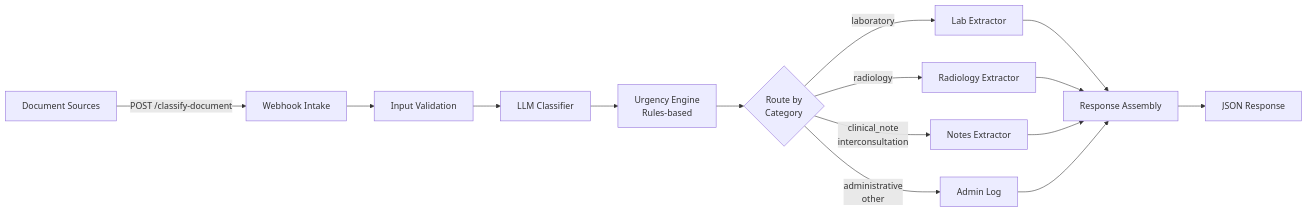
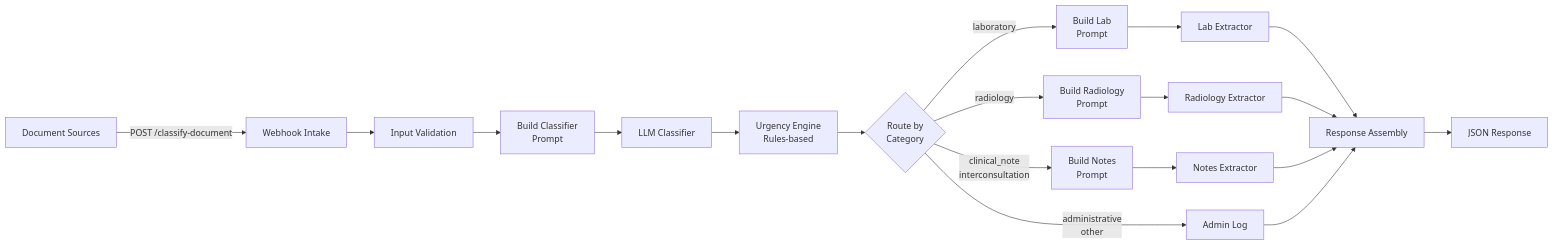
The first of 2 diagrams in docs/architecture.md (solfloreslab/clinical-doc-router), drawn with Mermaid before and after one commit. The commit also changed other lines of this file and 3 other files, not shown here.

First line of the commit message:
feat: add Build Prompt pattern and update workflow to 19 nodes

````diff
--- a/docs/architecture.md
+++ b/docs/architecture.md
@@ -7,17 +7,21 @@
 ```mermaid
 graph LR
     A[Document Sources] -->|POST /classify-document| B[Webhook Intake]
     B --> C[Input Validation]
-    C --> D[LLM Classifier]
+    C --> C2[Build Classifier<br/>Prompt]
+    C2 --> D[LLM Classifier]
     D --> E[Urgency Engine<br/>Rules-based]
     E --> F{Route by<br/>Category}
-    F -->|laboratory| G[Lab Extractor]
-    F -->|radiology| H[Radiology Extractor]
-    F -->|clinical_note<br/>interconsultation| I[Notes Extractor]
+    F -->|laboratory| G1[Build Lab<br/>Prompt]
+    F -->|radiology| H1[Build Radiology<br/>Prompt]
+    F -->|clinical_note<br/>interconsultation| I1[Build Notes<br/>Prompt]
     F -->|administrative<br/>other| J[Admin Log]
+    G1 --> G[Lab Extractor]
+    H1 --> H[Radiology Extractor]
+    I1 --> I[Notes Extractor]
     G --> K[Response Assembly]
     H --> K
     I --> K
     J --> K
     K --> L[JSON Response]
 ```
````
